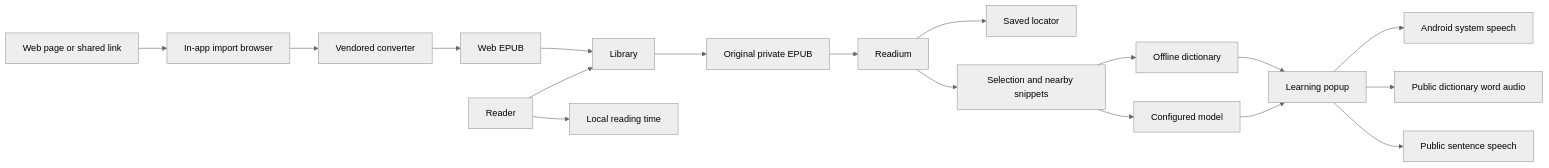
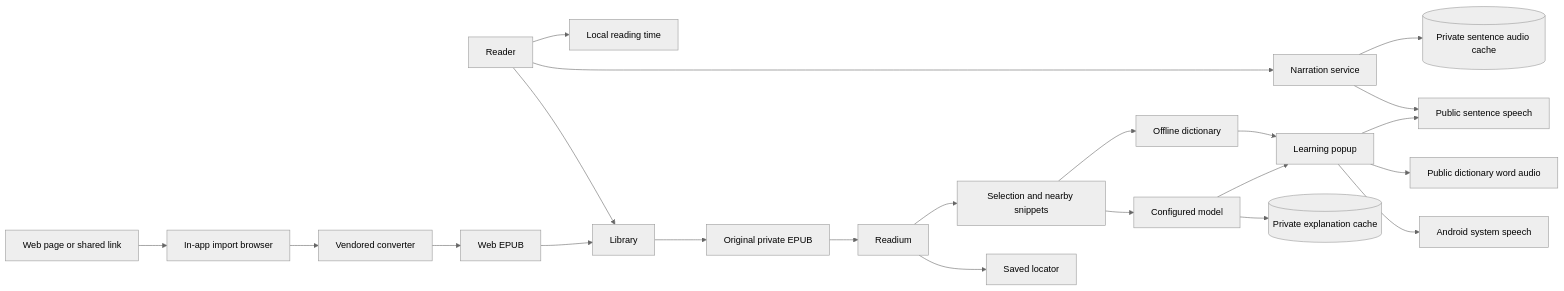
Before and after one commit to Wake-C/peekturn: the diagram in agent-doc/essential/ARCHITECTURE.md, drawn with Mermaid (neutral theme). The commit also changed other lines of this file and 11 other files, not shown here.

````diff
--- a/agent-doc/essential/ARCHITECTURE.md
+++ b/agent-doc/essential/ARCHITECTURE.md
@@ -7,20 +7,24 @@
 ```mermaid
 flowchart LR
     Reader --> Library
     WebPage[Web page or shared link] --> ImportBrowser[In-app import browser]
     ImportBrowser --> Converter[Vendored converter]
     Converter --> WebEPUB[Web EPUB]
     WebEPUB --> Library
     Library --> EPUB[Original private EPUB]
     EPUB --> Readium
     Readium --> Location[Saved locator]
     Readium --> Selection[Selection and nearby snippets]
     Selection --> AI[Configured model]
+    AI --> ExplanationCache[(Private explanation cache)]
     Selection --> Dictionary[Offline dictionary]
     AI --> Popup[Learning popup]
     Dictionary --> Popup
     Popup --> TTS[Android system speech]
     Popup --> WordAudio[Public dictionary word audio]
     Popup --> SentenceAudio[Public sentence speech]
+    Reader --> Narration[Narration service]
+    Narration --> SentenceAudio
+    Narration --> AudioCache[(Private sentence audio cache)]
     Reader --> Time[Local reading time]
 ```
````
